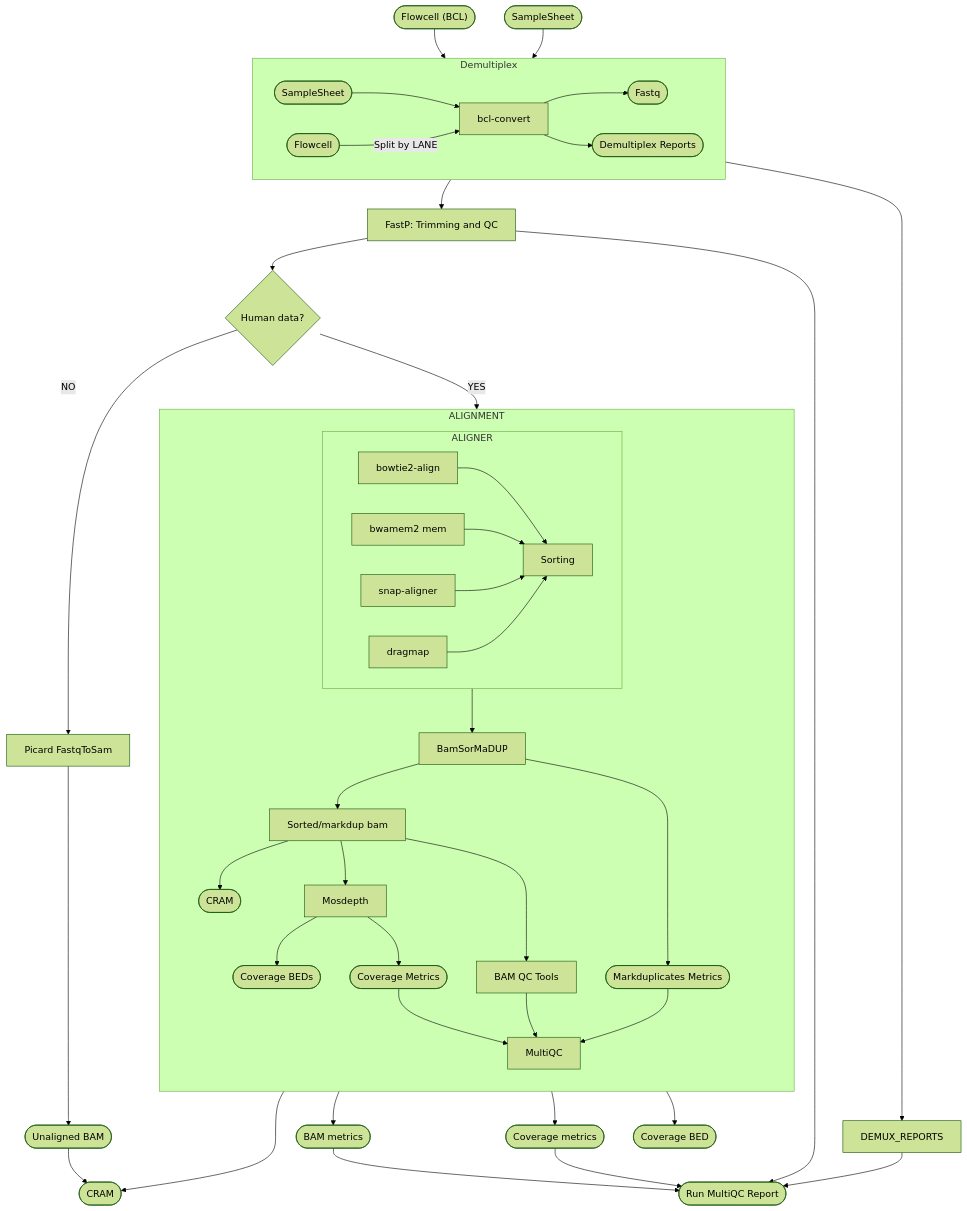
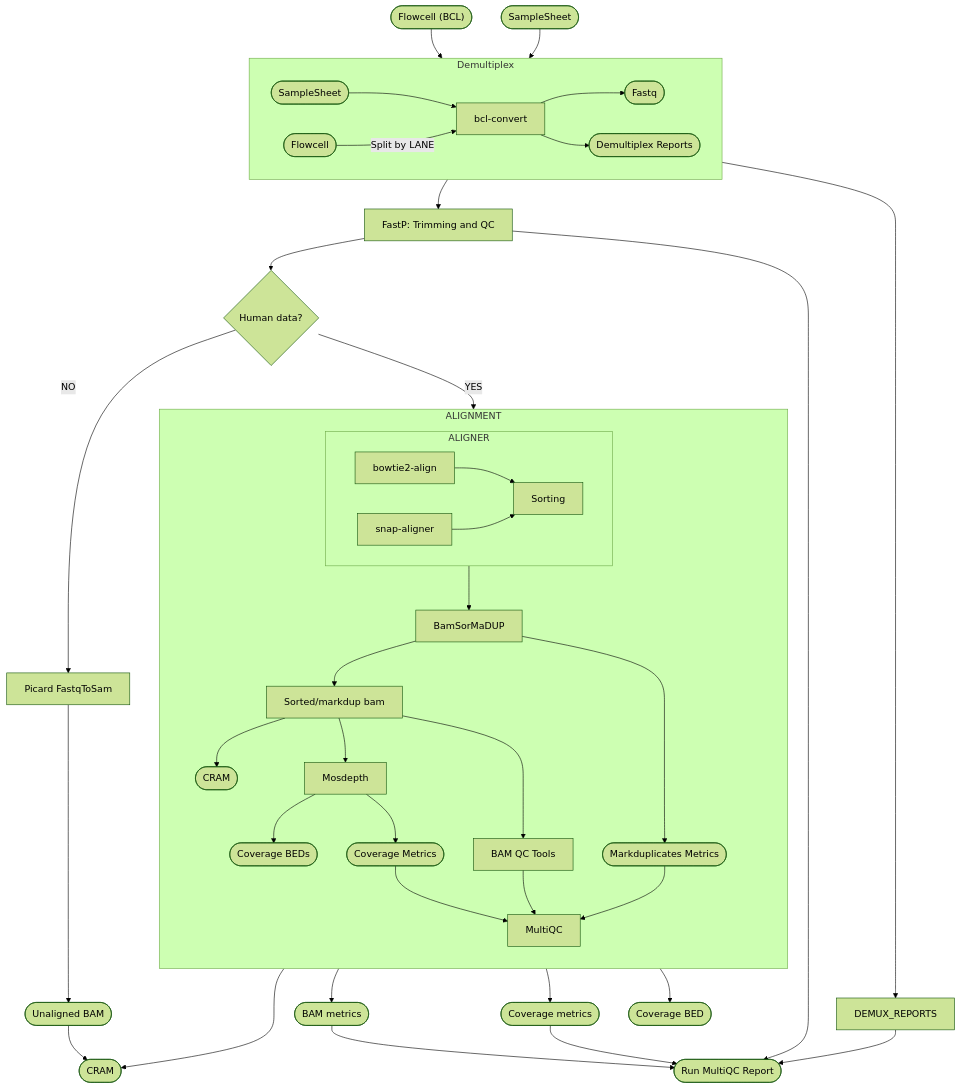
Before and after one commit to nf-cmgg/preprocessing: the diagram in README.md, drawn with Mermaid (forest theme). The commit also changed 20 other files, not shown here.

Commit message:
cleanup, drop unused modules, drop support for bwamem2 and dragmap

````diff
--- a/README.md
+++ b/README.md
@@ -50,48 +50,48 @@
 ```mermaid
 
 flowchart TB
 
 FC(["Flowcell (BCL)"])                          --> DEMULTIPLEX
 SS([SampleSheet])                               --> DEMULTIPLEX
 
 subgraph DEMULTIPLEX[Demultiplex]
     direction LR
     SAMPLESHEET([SampleSheet])                  --> BCLCONVERT[bcl-convert]
     FLOWCELL([Flowcell])                        --Split by LANE--> BCLCONVERT[bcl-convert]
     BCLCONVERT                                  --> DEMUX_FASTQ([Fastq])
     BCLCONVERT                                  --> DEMULTIPLEX_STATS([Demultiplex Reports])
 end
 
 DEMULTIPLEX                                     --> FASTP[FastP: Trimming and QC]
 DEMULTIPLEX                                     --> DEMUX_REPORTS
 FASTP                                           --> IS_HUMAN{Human data?}
 IS_HUMAN                                        --YES--> ALIGNMENT
 IS_HUMAN                                        --NO--> FASTQTOSAM
 FASTQTOSAM[Picard FastqToSam]                   --> UNALIGNED_BAM([Unaligned BAM]) --> A_CRAM
 
 subgraph ALIGNMENT
     direction TB
 
     subgraph ALIGNER
         direction LR
-        BOWTIE2[bowtie2-align] & BWAMEM2[bwamem2 mem] & SNAP[snap-aligner] & DRAGMAP[dragmap] --> SORT[Sorting]
+        BOWTIE2[bowtie2-align] & SNAP[snap-aligner] --> SORT[Sorting]
     end
 
     ALIGNER --> BamSorMaDUP
     BamSorMaDUP                                 --> SORTBAM[Sorted/markdup bam] & MARKDUP_METRICS([Markduplicates Metrics])
     SORTBAM                                     -->  ALN_CRAM([CRAM]) & MOSDEPTH[Mosdepth] & BAMQC[BAM QC Tools]
     MOSDEPTH                                    -->  COVERAGE_BED([Coverage BEDs]) & COVERAGE_METRICS([Coverage Metrics])
     BAMQC & MARKDUP_METRICS & COVERAGE_METRICS  -->  ALN_MULTIQC[MultiQC]
 end
 
 ALIGNMENT                                       --> A_CRAM([CRAM])
 ALIGNMENT                                       --> A_BAM_METRICS([BAM metrics])
 ALIGNMENT                                       --> A_COVERAGE_METRICS([Coverage metrics])
 ALIGNMENT                                       --> A_COVERAGE_BED([Coverage BED])
 
 A_BAM_METRICS                                   --> MQC([Run MultiQC Report])
 A_COVERAGE_METRICS                              --> MQC
 FASTP                                           --> MQC
 DEMUX_REPORTS                                   --> MQC
 
 ```
````
